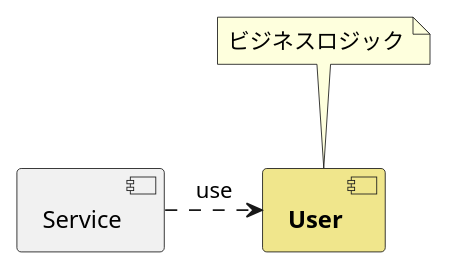
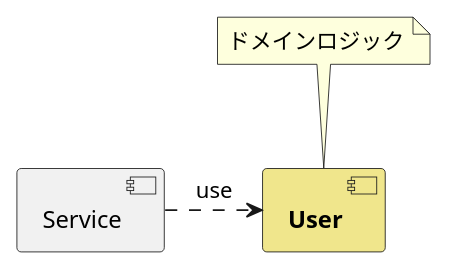
Before and after one commit to mexican-particles/mogmog: the diagram in src/puml/summary/domainModel.puml, drawn with PlantUML. The commit also changed 11 other files, not shown here.

```diff
--- a/src/puml/summary/domainModel.puml
+++ b/src/puml/summary/domainModel.puml
@@ -1,10 +1,10 @@
 @startuml
 
 [Service] as Service
 [**User**] as User #Khaki
 
 Service .right.> User: use
 
-note top of User: ビジネスロジック
+note top of User: ドメインロジック
 
 @enduml
```
